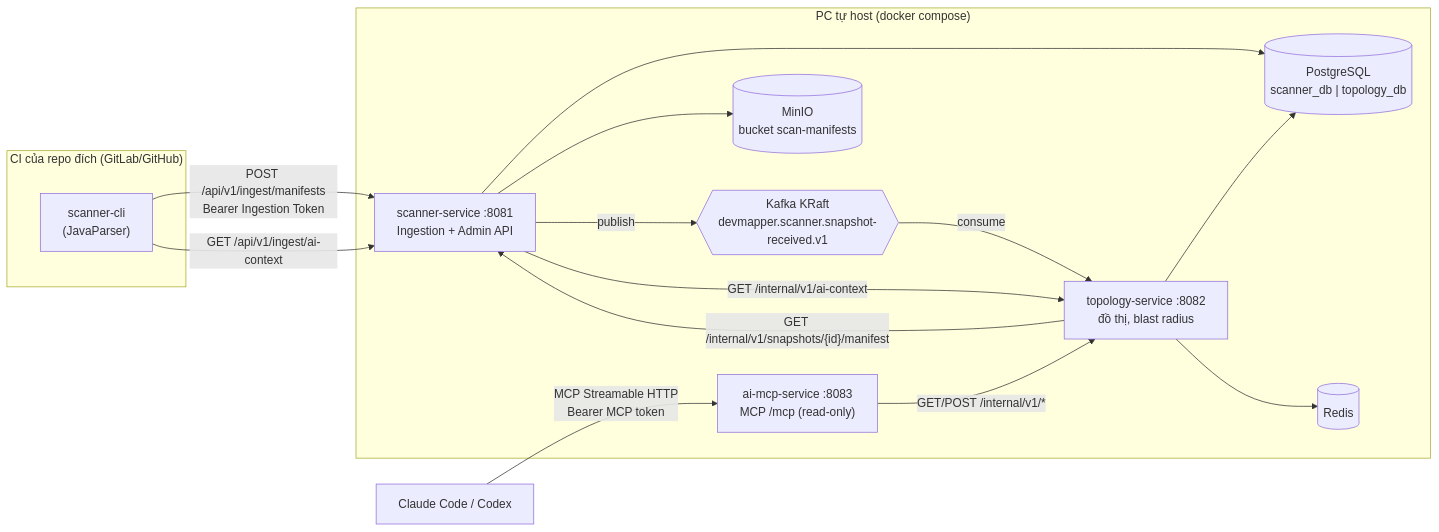
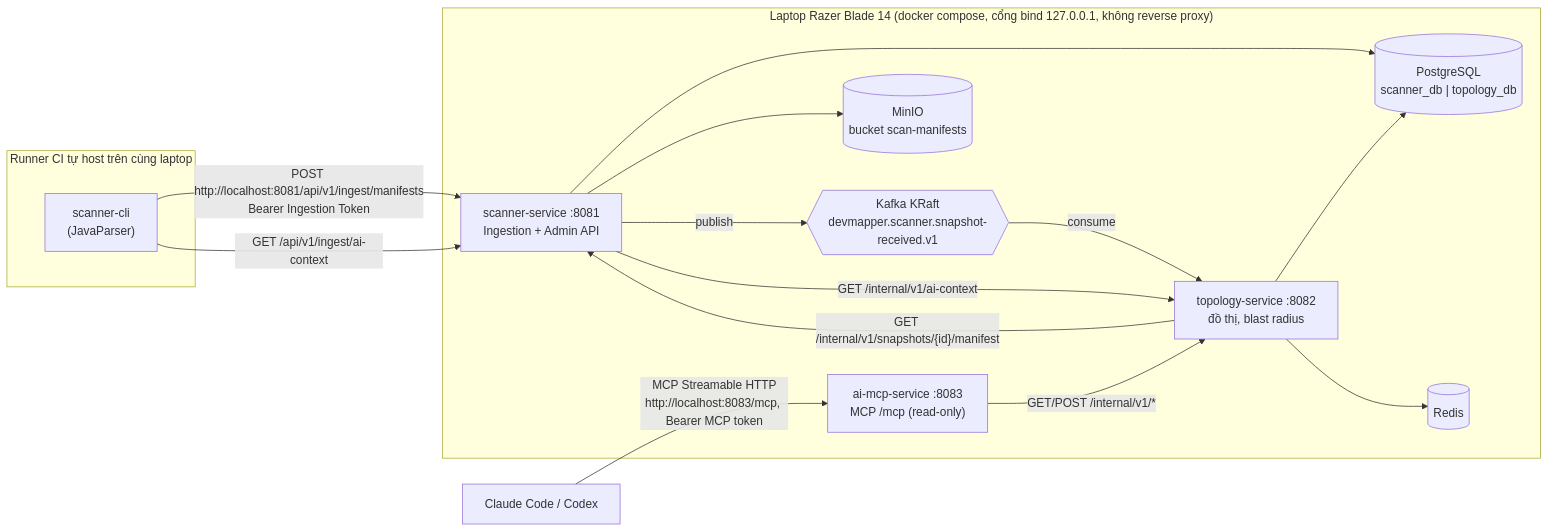
The diagram in markdown/PLAN.md (PhamHongPhuc777/DevMapper), drawn with Mermaid before and after one commit. The commit also changed other lines of this file and 7 other files, not shown here.

````diff
--- a/markdown/PLAN.md
+++ b/markdown/PLAN.md
@@ -36,29 +36,29 @@
 ```mermaid
 flowchart LR
-  subgraph CI["CI của repo đích (GitLab/GitHub)"]
+  subgraph CI["Runner CI tự host trên cùng laptop"]
     CLI["scanner-cli<br/>(JavaParser)"]
   end
-  subgraph Host["PC tự host (docker compose)"]
+  subgraph Host["Laptop Razer Blade 14 (docker compose, cổng bind 127.0.0.1, không reverse proxy)"]
     SS["scanner-service :8081<br/>Ingestion + Admin API"]
     TS["topology-service :8082<br/>đồ thị, blast radius"]
     MCP["ai-mcp-service :8083<br/>MCP /mcp (read-only)"]
     PG[("PostgreSQL<br/>scanner_db | topology_db")]
     RD[("Redis")]
     MN[("MinIO<br/>bucket scan-manifests")]
     KF{{"Kafka KRaft<br/>devmapper.scanner.snapshot-received.v1"}}
   end
   AG["Claude Code / Codex"]
 
-  CLI -- "POST /api/v1/ingest/manifests<br/>Bearer Ingestion Token" --> SS
+  CLI -- "POST http://localhost:8081/api/v1/ingest/manifests<br/>Bearer Ingestion Token" --> SS
   CLI -- "GET /api/v1/ingest/ai-context" --> SS
   SS --> PG
   SS --> MN
   SS -- publish --> KF
   KF -- consume --> TS
   TS -- "GET /internal/v1/snapshots/{id}/manifest" --> SS
   SS -- "GET /internal/v1/ai-context" --> TS
   TS --> PG
   TS --> RD
   MCP -- "GET/POST /internal/v1/*" --> TS
-  AG -- "MCP Streamable HTTP<br/>Bearer MCP token" --> MCP
+  AG -- "MCP Streamable HTTP<br/>http://localhost:8083/mcp, Bearer MCP token" --> MCP
 ```
````
